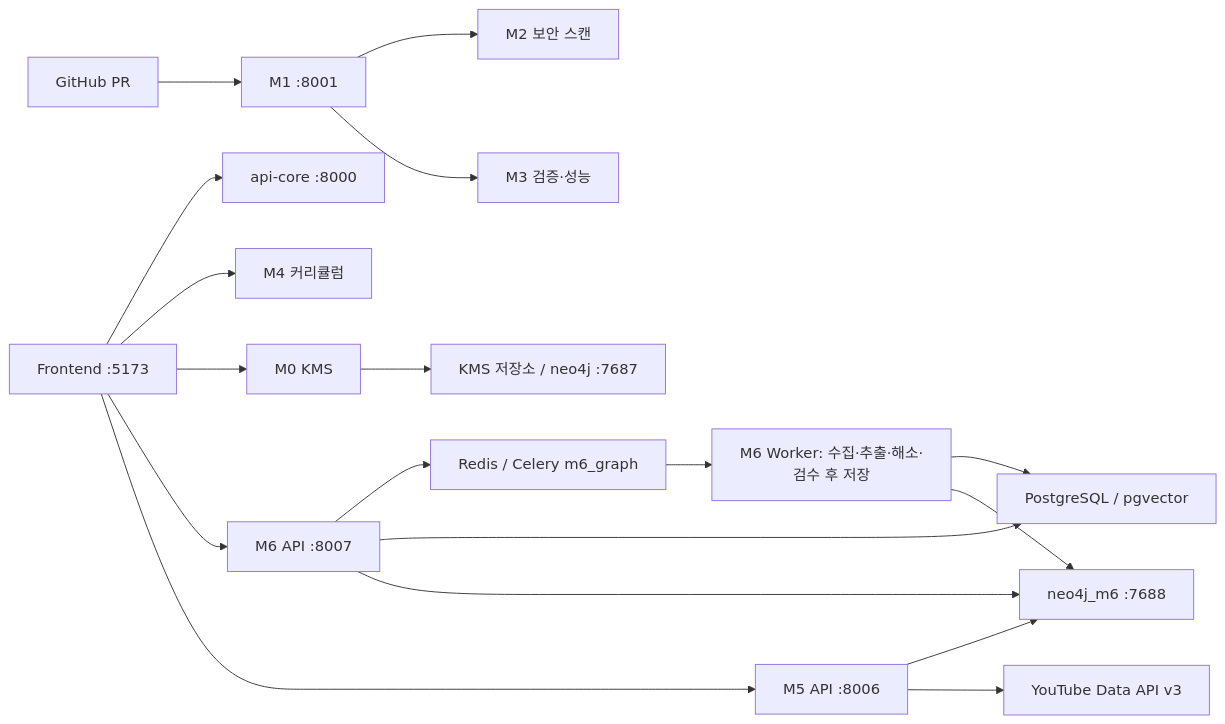
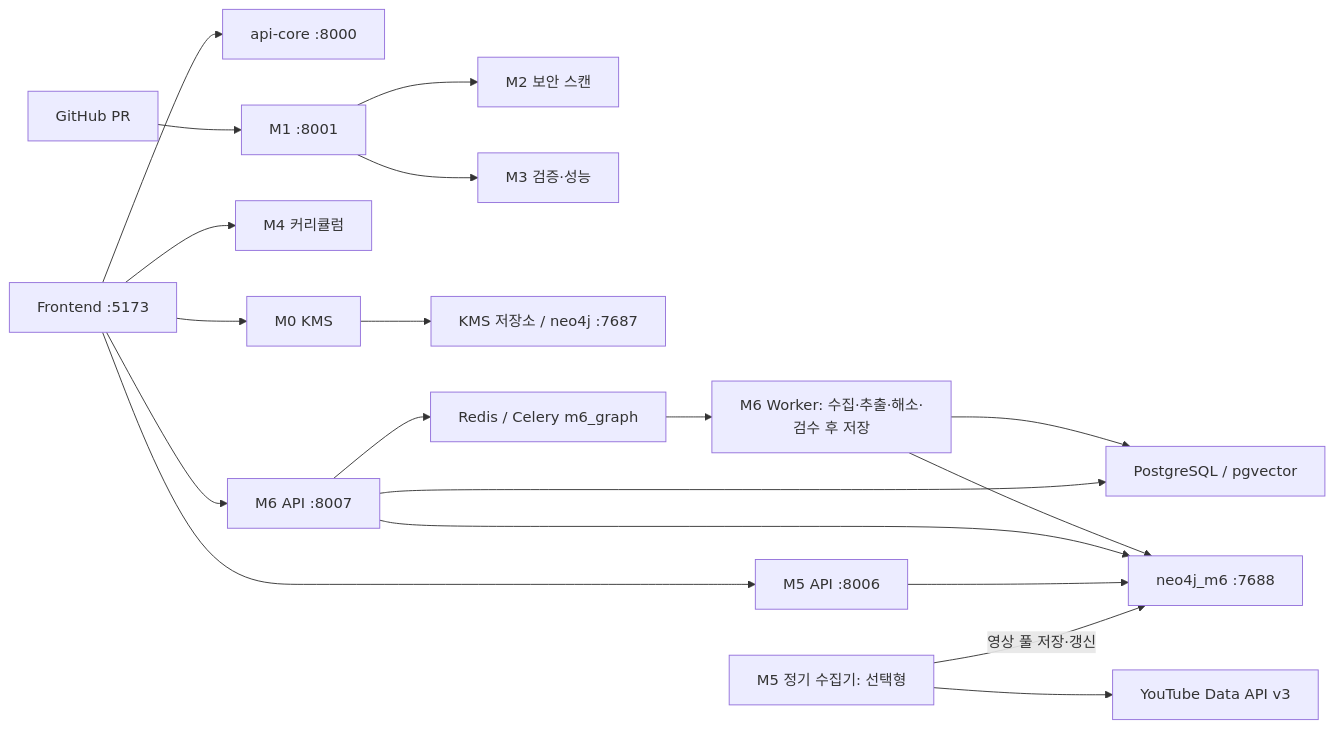
One commit to ann-star20/Code-Shepherd changed the diagram in README.md. Above: the diagram before and after it, drawn with Mermaid. The commit also changed other lines of this file and 39 other files, not shown here.

Commit message:
feat(m5): persist YouTube recommendations with scheduled refresh and HITL docs

````diff
--- a/README.md
+++ b/README.md
@@ -35,20 +35,21 @@
 ```mermaid
 flowchart LR
     UI["Frontend :5173"] --> CORE["api-core :8000"]
     GH["GitHub PR"] --> M1["M1 :8001"]
     M1 --> M2["M2 보안 스캔"]
     M1 --> M3["M3 검증·성능"]
     UI --> M4["M4 커리큘럼"]
     UI --> M0["M0 KMS"]
     M0 --> KMSDB["KMS 저장소 / neo4j :7687"]
     UI --> M6["M6 API :8007"]
     M6 --> R["Redis / Celery m6_graph"]
     R --> W["M6 Worker: 수집·추출·해소·검수 후 저장"]
     W --> PG["PostgreSQL / pgvector"]
     W --> KG["neo4j_m6 :7688"]
     M6 --> PG
     M6 --> KG
     UI --> M5["M5 API :8006"]
     M5 --> KG
-    M5 --> YT["YouTube Data API v3"]
+    COLLECT["M5 정기 수집기: 선택형"] --> YT["YouTube Data API v3"]
+    COLLECT -->|영상 풀 저장·갱신| KG
 ```
````
